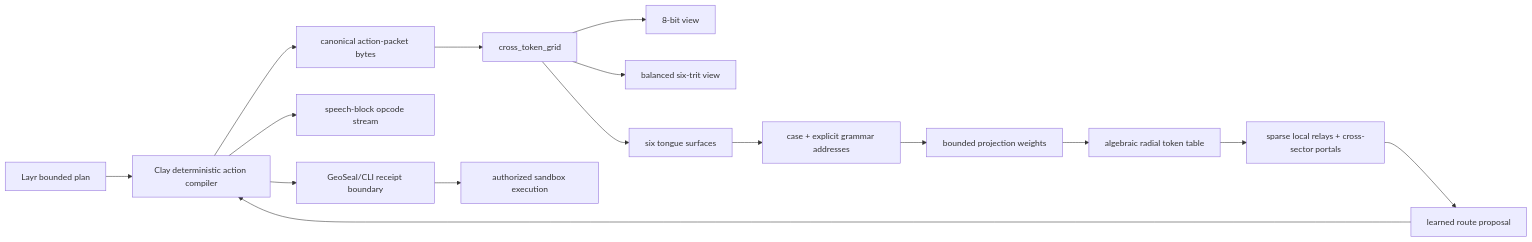
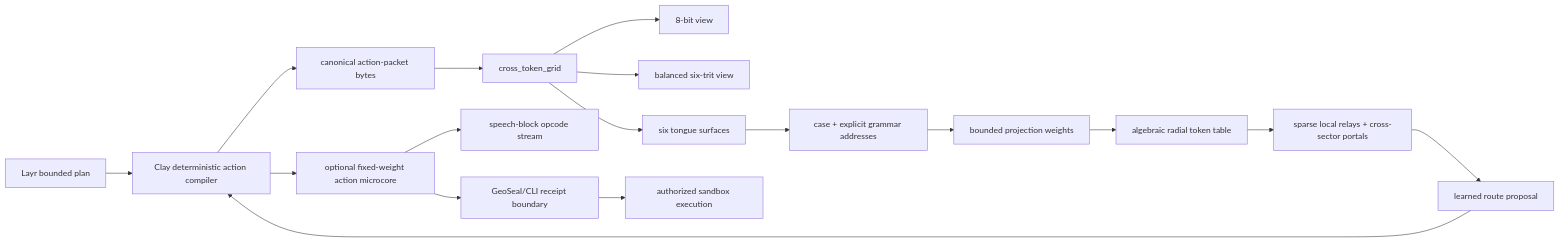
Before and after one commit to issdandavis/SCBE-AETHERMOORE: the diagram in docs/tokenizer/CROSS_TOKEN_LANGUAGE_FAMILY_GRID_SYSTEM_MAP.md, drawn with Mermaid. The commit also changed other lines of this file, not shown here.

Commit message:
docs(tokenizer): map fixed-weight action microcore

````diff
--- a/docs/tokenizer/CROSS_TOKEN_LANGUAGE_FAMILY_GRID_SYSTEM_MAP.md
+++ b/docs/tokenizer/CROSS_TOKEN_LANGUAGE_FAMILY_GRID_SYSTEM_MAP.md
@@ -108,18 +109,19 @@
 ```mermaid
 flowchart LR
     P[Layr bounded plan] --> AC[Clay deterministic action compiler]
     AC --> B[canonical action-packet bytes]
     B --> G[cross_token_grid]
     G --> BI[8-bit view]
     G --> TR[balanced six-trit view]
     G --> ST[six tongue surfaces]
     ST --> CG[case + explicit grammar addresses]
     CG --> W[bounded projection weights]
     W --> RT[algebraic radial token table]
     RT --> SR[sparse local relays + cross-sector portals]
     SR --> LP[learned route proposal]
     LP --> AC
-    AC --> SB[speech-block opcode stream]
-    AC --> GS[GeoSeal/CLI receipt boundary]
+    AC --> MC[optional fixed-weight action microcore]
+    MC --> SB[speech-block opcode stream]
+    MC --> GS[GeoSeal/CLI receipt boundary]
     GS --> EX[authorized sandbox execution]
 ```
````
